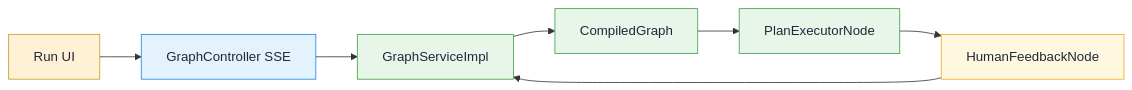
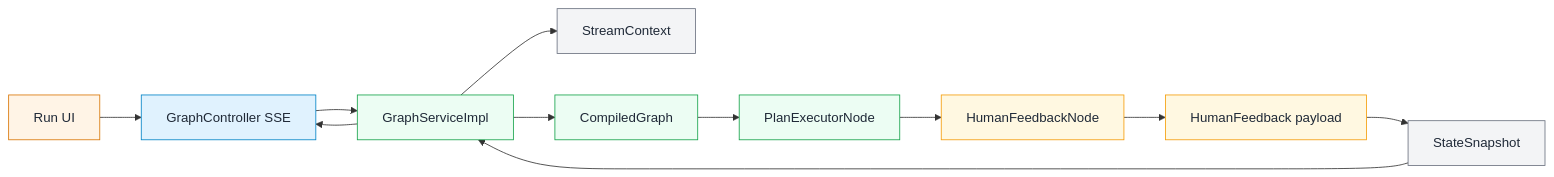
The third of 18 diagrams in README.md (spring-ai-alibaba/DataAgent), drawn with Mermaid before and after one commit. The commit also changed other lines of this file, not shown here.

Commit message:
refactor: enhance README with updated architecture diagrams, improved class definitions, and refined workflow processes for clarity

````diff
--- a/README.md
+++ b/README.md
@@ -143,19 +205,25 @@
 ```mermaid
 flowchart LR
   UI[Run UI] --> GraphAPI[GraphController SSE]
   GraphAPI --> GraphSvc[GraphServiceImpl]
+  GraphSvc --> StreamCtx[StreamContext]
   GraphSvc --> Graph[CompiledGraph]
   Graph --> PlanExec[PlanExecutorNode]
   PlanExec --> Human[HumanFeedbackNode]
-  Human --> GraphSvc
+  Human --> FeedbackPayload[HumanFeedback payload]
+  FeedbackPayload --> StateSnap[StateSnapshot]
+  StateSnap --> GraphSvc
+  GraphSvc --> GraphAPI
 
-  classDef client fill:#FFF1D6,stroke:#C79D2B,stroke-width:1px,color:#1F2937;
-  classDef api fill:#E3F2FD,stroke:#1E88E5,stroke-width:1px,color:#1F2937;
-  classDef service fill:#E8F5E9,stroke:#43A047,stroke-width:1px,color:#1F2937;
-  classDef feedback fill:#FFF8E1,stroke:#F9A825,stroke-width:1px,color:#1F2937;
+  classDef client fill:#FFF4E6,stroke:#D97706,stroke-width:1px,color:#1F2937;
+  classDef api fill:#E0F2FE,stroke:#0284C7,stroke-width:1px,color:#1F2937;
+  classDef service fill:#ECFDF3,stroke:#16A34A,stroke-width:1px,color:#1F2937;
+  classDef state fill:#F3F4F6,stroke:#6B7280,stroke-width:1px,color:#1F2937;
+  classDef feedback fill:#FFF8E1,stroke:#F59E0B,stroke-width:1px,color:#1F2937;
 
   class UI client
   class GraphAPI api
   class GraphSvc,Graph,PlanExec service
-  class Human feedback
+  class StreamCtx,StateSnap state
+  class Human,FeedbackPayload feedback
 ```
````
